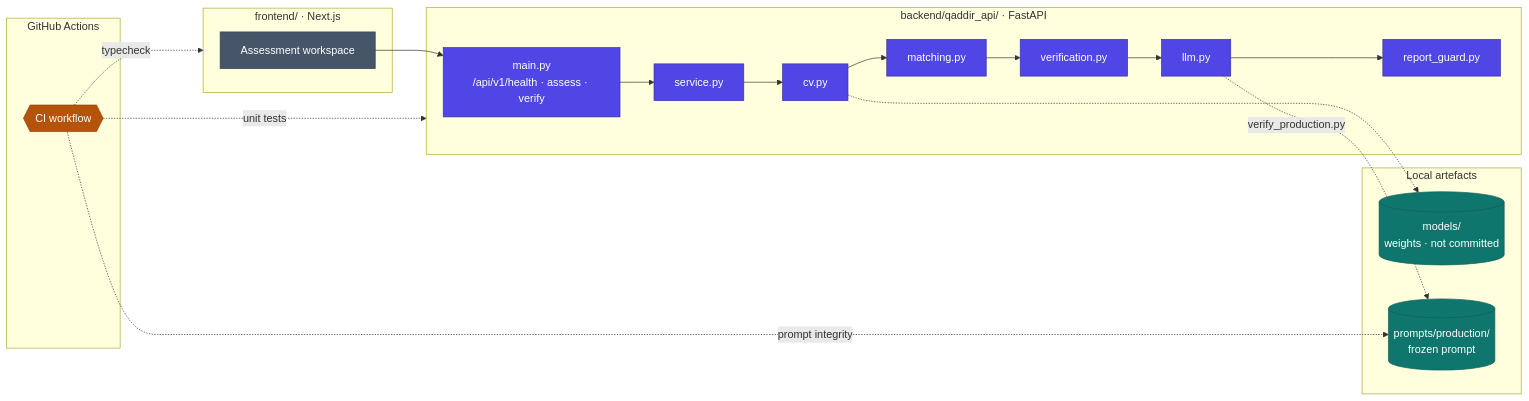
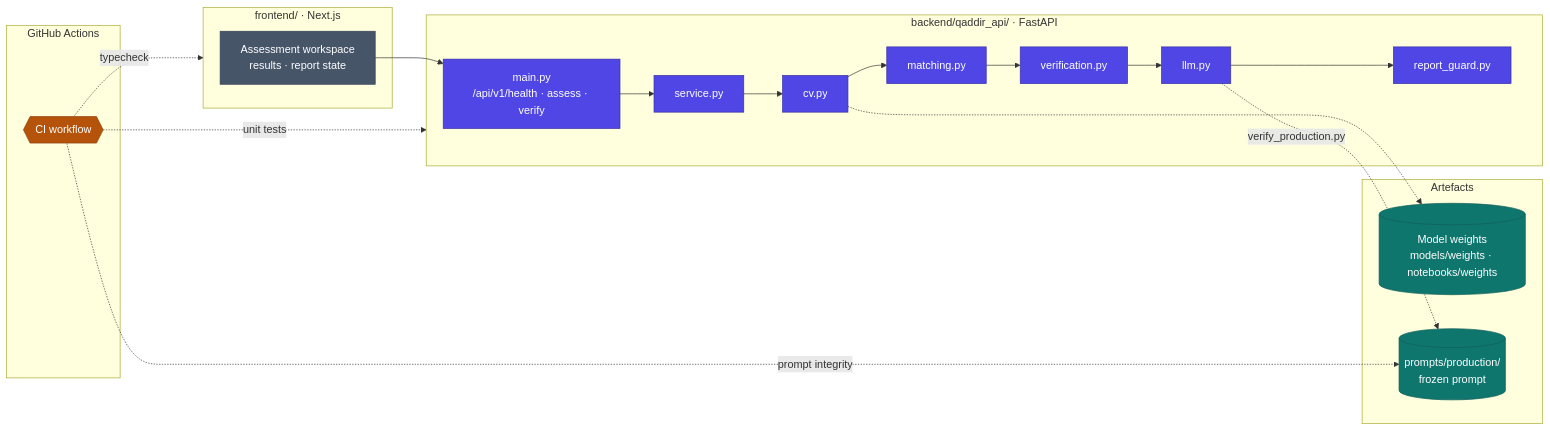
The second of 2 diagrams in README.md (Haifald/qaddir-vehicle-damage-assessment), drawn with Mermaid before and after one commit. The commit also changed other lines of this file and 3 other files, not shown here.

````diff
--- a/README.md
+++ b/README.md
@@ -304,39 +275,39 @@
 ```mermaid
 flowchart LR
     subgraph UI["frontend/ · Next.js"]
-        W["Assessment workspace"]
+        W["Assessment workspace<br/>results · report state"]
     end
     subgraph API["backend/qaddir_api/ · FastAPI"]
         R["main.py<br/>/api/v1/health · assess · verify"]
         S["service.py"]
         CVM["cv.py"]
         MA["matching.py"]
         VE["verification.py"]
         LL["llm.py"]
         RG["report_guard.py"]
     end
-    subgraph ART["Local artefacts"]
-        WT[("models/<br/>weights · not committed")]
+    subgraph ART["Artefacts"]
+        WT[("Model weights<br/>models/weights · notebooks/weights")]
         PP[("prompts/production/<br/>frozen prompt")]
     end
     subgraph CI["GitHub Actions"]
         CK{{"CI workflow"}}
     end
 
     W --> R --> S
     S --> CVM --> MA --> VE --> LL --> RG
     CVM -.-> WT
     LL -.->|"verify_production.py"| PP
     CK -.->|"prompt integrity"| PP
     CK -.->|"unit tests"| API
     CK -.->|"typecheck"| UI
 
     classDef ui fill:#475569,stroke:#334155,color:#ffffff
     classDef api fill:#4f46e5,stroke:#3730a3,color:#ffffff
     classDef art fill:#0f766e,stroke:#115e59,color:#ffffff
     classDef ci fill:#b45309,stroke:#92400e,color:#ffffff
     class W ui
     class R,S,CVM,MA,VE,LL,RG api
     class WT,PP art
     class CK ci
 ```
````
